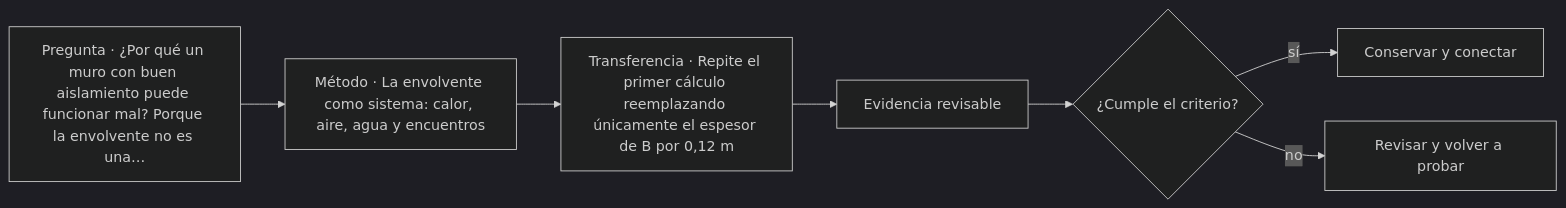
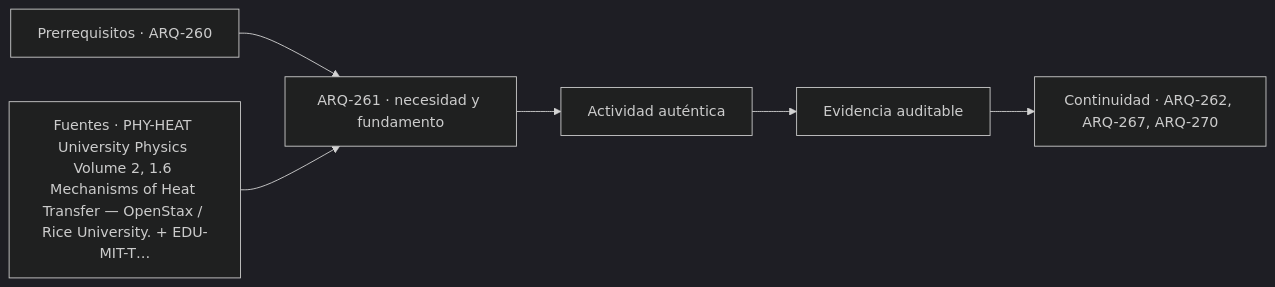
The diagram in classes/parte-27/ARQ-261.md (vladimiracunadev-create/architecture-built-environment-learning-program), drawn with Mermaid (dark theme) before and after one commit. The commit also changed other lines of this file and 761 other files, not shown here.

````diff
--- a/classes/parte-27/ARQ-261.md
+++ b/classes/parte-27/ARQ-261.md
@@ -77,9 +89,8 @@
 ```mermaid
 flowchart LR
-    Q["Pregunta · ¿Por qué un muro con buen aislamiento puede funcionar mal? Porque la envolvente no es una…"] --> M["Método · La envolvente como sistema: calor, aire, agua y encuentros"]
-    M --> P["Transferencia · Repite el primer cálculo reemplazando únicamente el espesor de B por 0,12 m"]
-    P --> E["Evidencia revisable"]
-    E --> C{"¿Cumple el criterio?"}
-    C -->|sí| T["Conservar y conectar"]
-    C -->|no| R["Revisar y volver a probar"]
+    A["Prerrequisitos · ARQ-260"] --> B["ARQ-261 · necesidad y fundamento"]
+    S["Fuentes · PHY-HEAT University Physics Volume 2, 1.6 Mechanisms of Heat Transfer — OpenStax / Rice University. + EDU-MIT-T…"] --> B
+    B --> C["Actividad auténtica"]
+    C --> D["Evidencia auditable"]
+    D --> E["Continuidad · ARQ-262, ARQ-267, ARQ-270"]
 ```
````
